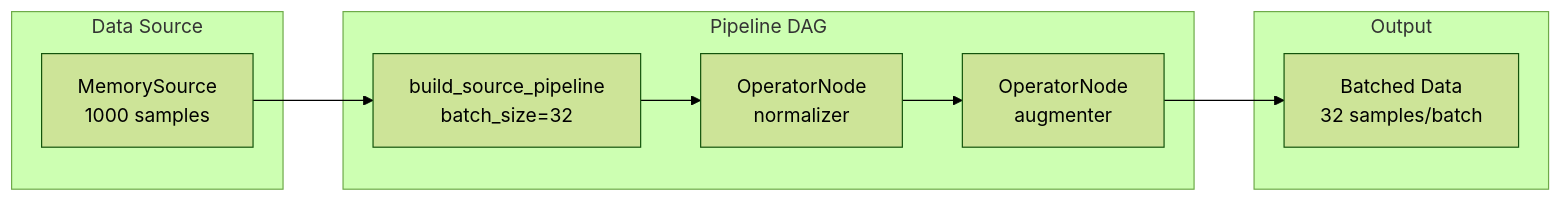
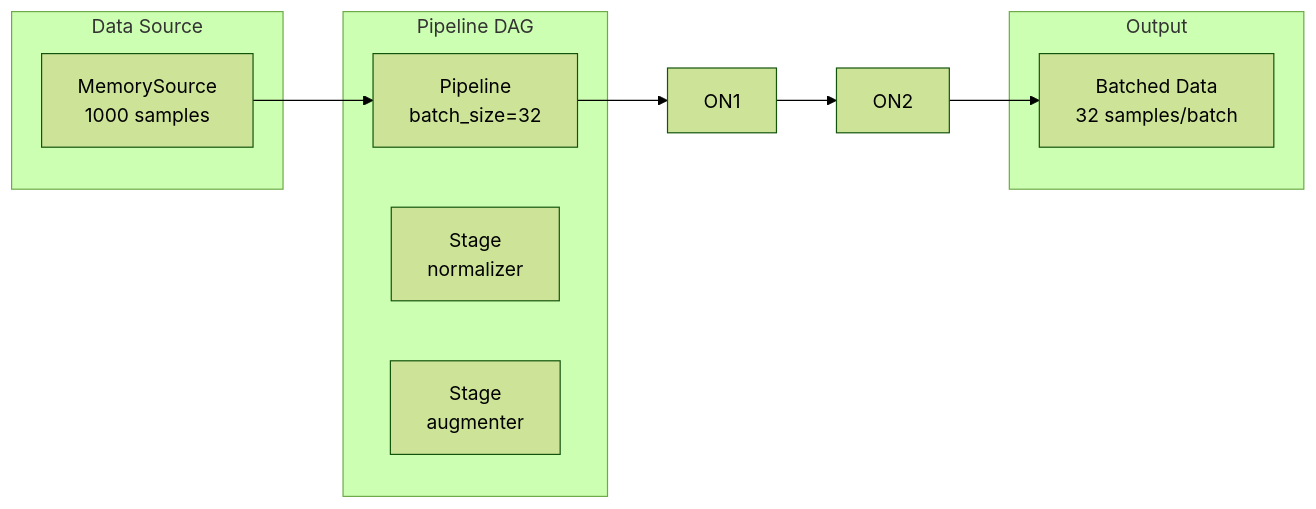
One commit to avitai/datarax changed the diagram in docs/examples/core/simple-pipeline.md. Above: the diagram before and after it, drawn with Mermaid (forest theme). The commit also changed other lines of this file and 330 other files, not shown here.

````diff
--- a/docs/examples/core/simple-pipeline.md
+++ b/docs/examples/core/simple-pipeline.md
@@ -170,18 +169,18 @@
 ```mermaid
 flowchart LR
     subgraph Source["Data Source"]
         MS[MemorySource<br/>1000 samples]
     end
 
     subgraph Pipeline["Pipeline DAG"]
-        FS[build_source_pipeline<br/>batch_size=32]
-        ON1[OperatorNode<br/>normalizer]
-        ON2[OperatorNode<br/>augmenter]
+        FS[Pipeline<br/>batch_size=32]
+        Snormalizer[Stage<br/>normalizer]
+        Saugmenter[Stage<br/>augmenter]
     end
 
     subgraph Output["Output"]
         B[Batched Data<br/>32 samples/batch]
     end
 
     MS --> FS --> ON1 --> ON2 --> B
 ```
````
